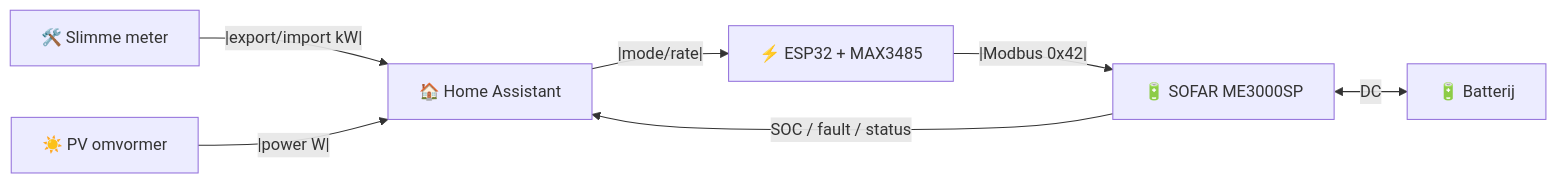
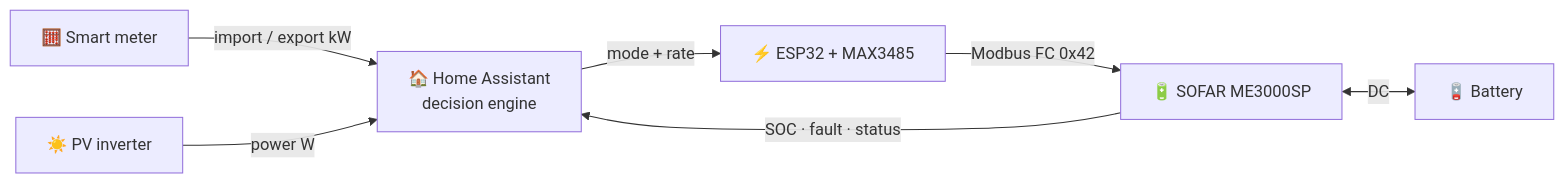
One commit to 2technology/sofar-me3000sp-homeassistant changed the diagram in README.md. Above: the diagram before and after it, drawn with Mermaid. The commit also changed other lines of this file and 1 other file, not shown here.

Commit message:
docs: English README in lab style, fix GPIO4 wiring docs + mermaid syntax

````diff
--- a/README.md
+++ b/README.md
@@ -64,9 +66,9 @@
 ```mermaid
 flowchart LR
-    SM[🛠️ Slimme meter] --|export/import kW| --> HA[🏠 Home Assistant]
-    PV[☀️ PV omvormer] --|power W| --> HA
-    HA --|mode/rate| --> ESP[⚡ ESP32 + MAX3485]
-    ESP --|Modbus 0x42| --> SOFAR[🔋 SOFAR ME3000SP]
-    SOFAR <-->|DC| BAT[🔋 Batterij]
-    SOFAR -->|SOC / fault / status| HA
+    SM["🧮 Smart meter"] -->|"import / export kW"| HA["🏠 Home Assistant<br/>decision engine"]
+    PV["☀️ PV inverter"] -->|"power W"| HA
+    HA -->|"mode + rate"| ESP["⚡ ESP32 + MAX3485"]
+    ESP -->|"Modbus FC 0x42"| SOFAR["🔋 SOFAR ME3000SP"]
+    SOFAR <-->|DC| BAT["🪫 Battery"]
+    SOFAR -->|"SOC · fault · status"| HA
 ```
````
